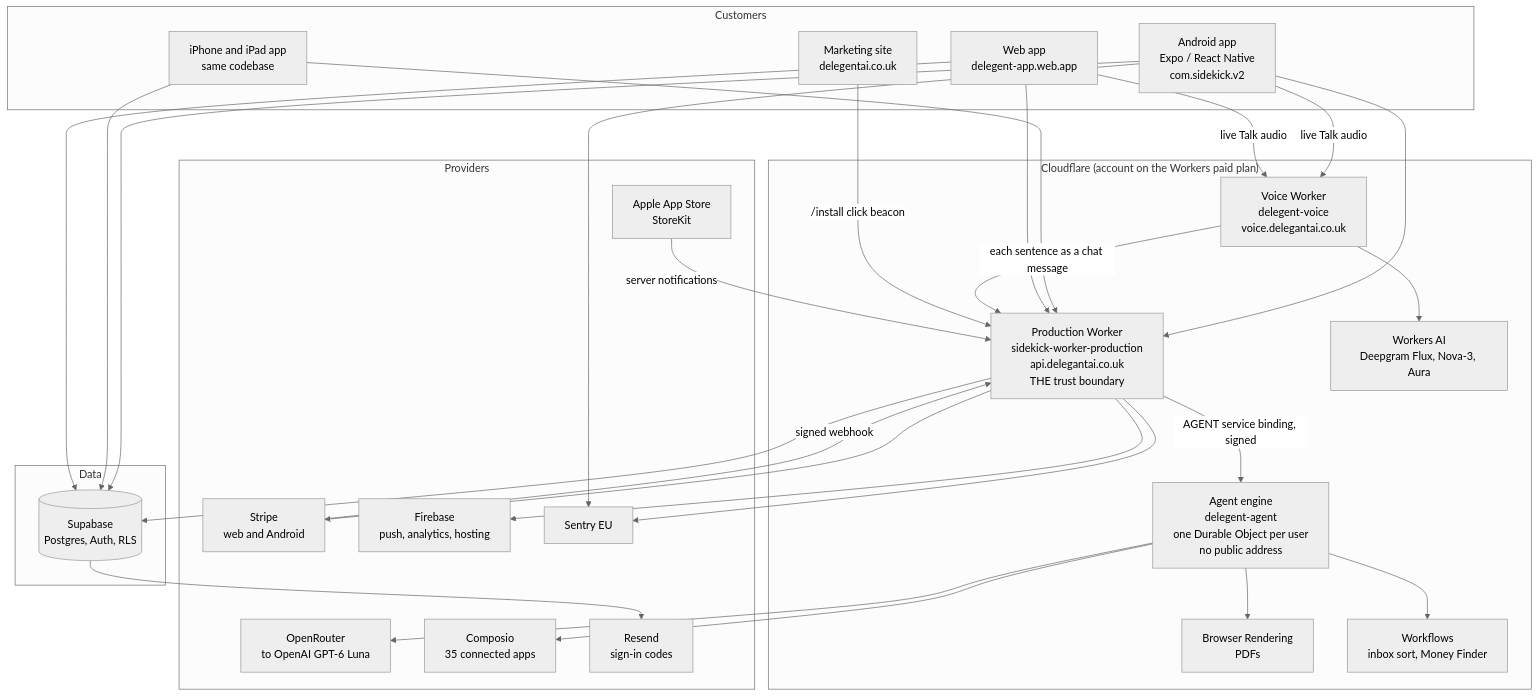
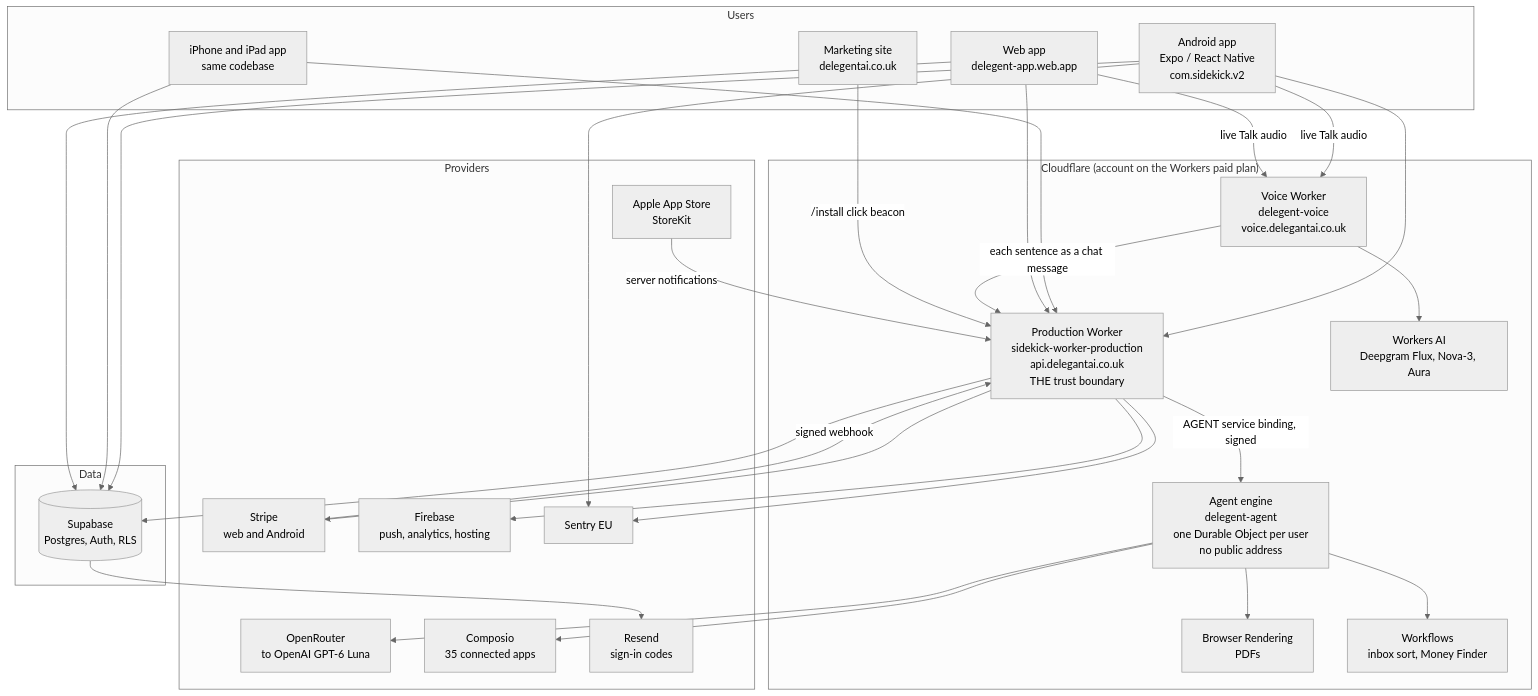
One commit to henryrocks7800/delegent-ai changed the first of 4 diagrams in docs/ARCHITECTURE.md. Above: the diagram before and after it, drawn with Mermaid (neutral theme). The commit also changed other lines of this file and 10 other files, not shown here.

````diff
--- a/docs/ARCHITECTURE.md
+++ b/docs/ARCHITECTURE.md
@@ -19,57 +19,57 @@
 ```mermaid
 graph TD
-  subgraph Customers
+  subgraph Users
     AND["Android app<br/>Expo / React Native<br/>com.sidekick.v2"]
     IOS["iPhone and iPad app<br/>same codebase"]
     WEBAPP["Web app<br/>delegent-app.web.app"]
     SITE["Marketing site<br/>delegentai.co.uk"]
   end
 
   subgraph Cloudflare["Cloudflare (account on the Workers paid plan)"]
     API["Production Worker<br/>sidekick-worker-production<br/>api.delegantai.co.uk<br/>THE trust boundary"]
     ENGINE["Agent engine<br/>delegent-agent<br/>one Durable Object per user<br/>no public address"]
     VOICE["Voice Worker<br/>delegent-voice<br/>voice.delegantai.co.uk"]
     WAI["Workers AI<br/>Deepgram Flux, Nova-3, Aura"]
     BR["Browser Rendering<br/>PDFs"]
     WF["Workflows<br/>inbox sort, Money Finder"]
   end
 
   subgraph Data
     SUPA[("Supabase<br/>Postgres, Auth, RLS")]
   end
 
   subgraph Providers
     OR["OpenRouter<br/>to OpenAI GPT-6 Luna"]
     COMPOSIO["Composio<br/>35 connected apps"]
     STRIPE["Stripe<br/>web and Android"]
     APPLE["Apple App Store<br/>StoreKit"]
     FCM["Firebase<br/>push, analytics, hosting"]
     SENTRY["Sentry EU"]
     RESEND["Resend<br/>sign-in codes"]
   end
 
   AND --> API
   IOS --> API
   WEBAPP --> API
   AND --> SUPA
   IOS --> SUPA
   WEBAPP --> SUPA
   AND -->|"live Talk audio"| VOICE
   WEBAPP -->|"live Talk audio"| VOICE
   VOICE --> WAI
   VOICE -->|"each sentence as a chat message"| API
   API -->|"AGENT service binding, signed"| ENGINE
   ENGINE --> OR
   ENGINE --> COMPOSIO
   ENGINE --> BR
   ENGINE --> WF
   API --> SUPA
   API --> STRIPE
   STRIPE -->|"signed webhook"| API
   APPLE -->|"server notifications"| API
   API --> FCM
   SUPA --> RESEND
   AND --> SENTRY
   API --> SENTRY
   SITE -->|"/install click beacon"| API
 ```
````
